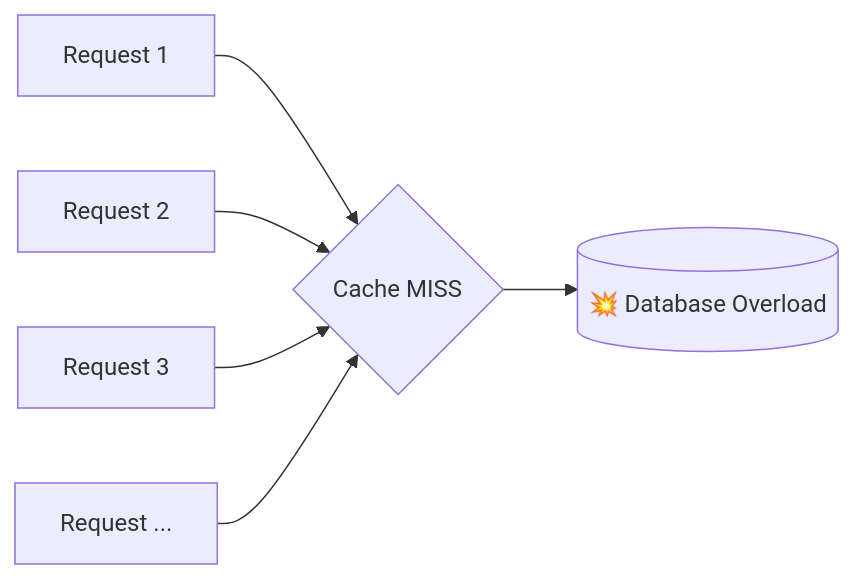
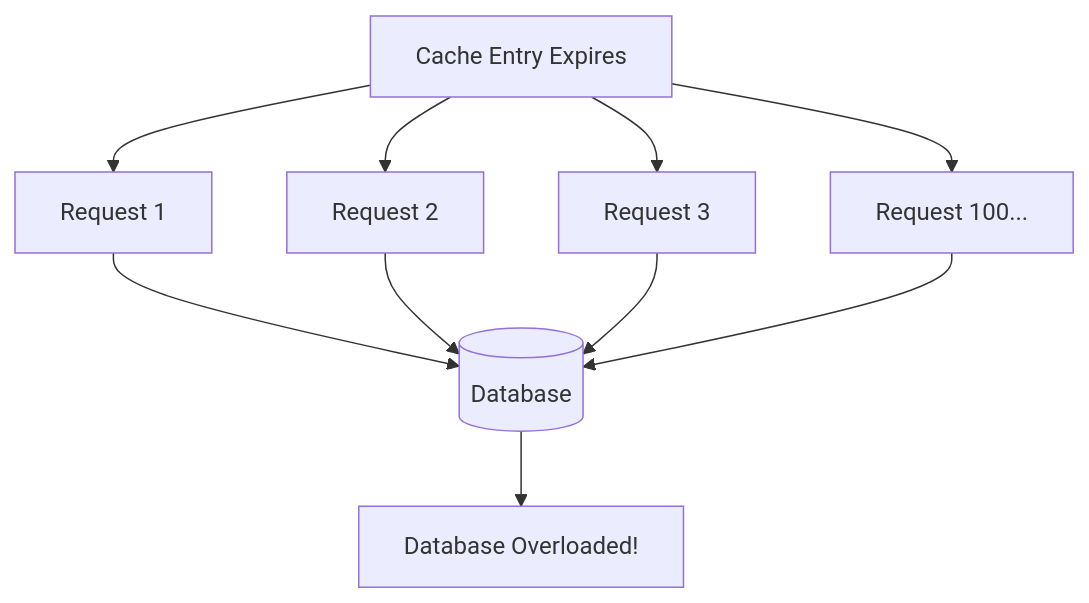
Before and after one commit to spawn08/system-design-interview: the eighth of 8 diagrams in basics/caching.md, drawn with Mermaid. The commit also changed other lines of this file and 4 other files, not shown here.

````diff
--- a/basics/caching.md
+++ b/basics/caching.md
@@ -380,8 +948,12 @@
 ```mermaid
-flowchart LR
-    R1[Request 1] --> Cache{Cache MISS}
-    R2[Request 2] --> Cache
-    R3[Request 3] --> Cache
-    R4[Request ...] --> Cache
-    Cache --> DB[(💥 Database Overload)]
+flowchart TD
+    Expire[Cache Entry Expires] --> R1[Request 1]
+    Expire --> R2[Request 2]
+    Expire --> R3[Request 3]
+    Expire --> R100[Request 100...]
+    R1 --> DB[(Database)]
+    R2 --> DB
+    R3 --> DB
+    R100 --> DB
+    DB --> Crash[Database Overloaded!]
 ```
````
